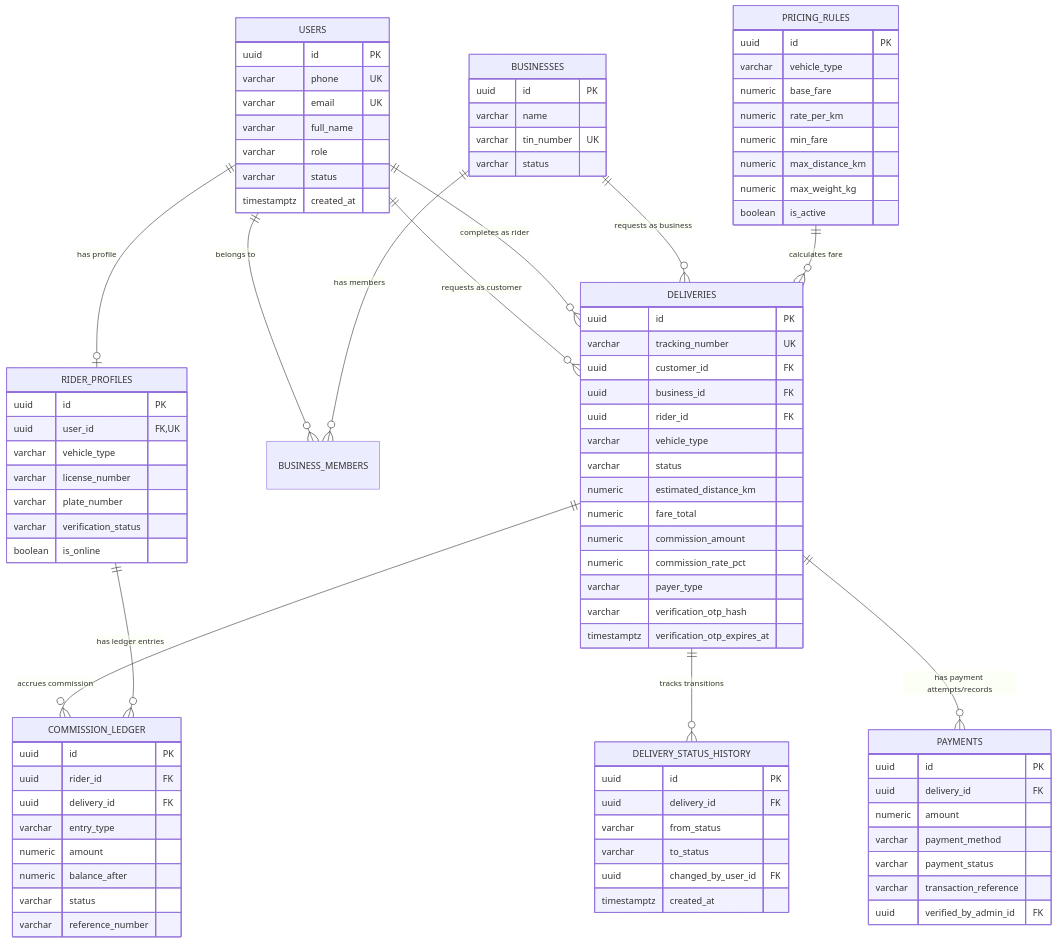
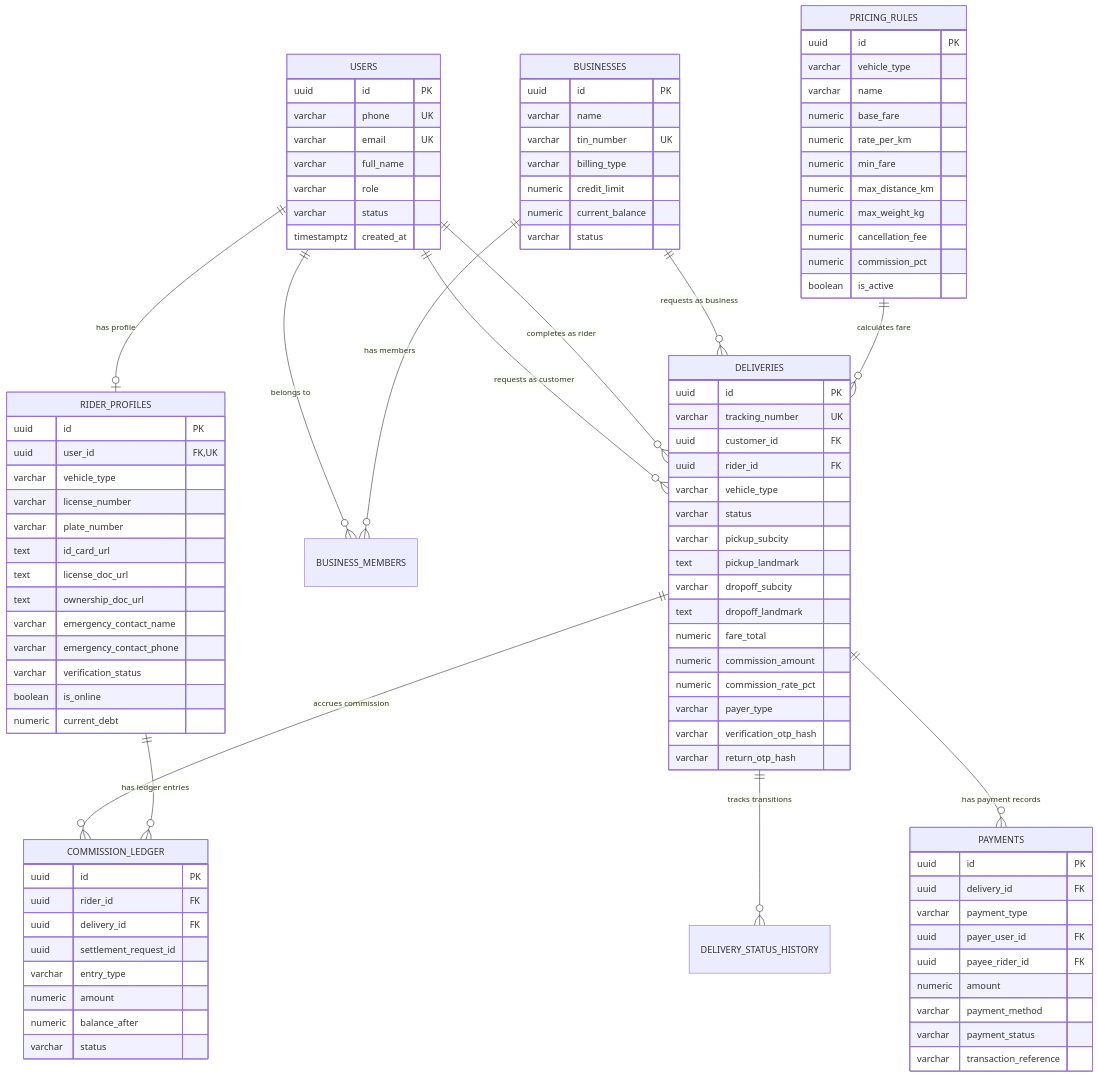
The diagram in docs/DATABASE_DESIGN_UPDATED.md (NahoooMac/Delivery_App), drawn with Mermaid before and after one commit. The commit also changed other lines of this file and 5 other files, not shown here.

Commit message:
docs: finalize MVP architecture, database design, and UX core screen flows

````diff
--- a/docs/DATABASE_DESIGN_UPDATED.md
+++ b/docs/DATABASE_DESIGN_UPDATED.md
@@ -32,7 +35,7 @@
     BUSINESSES ||--o{ BUSINESS_MEMBERS : "has members"
     BUSINESSES ||--o{ DELIVERIES : "requests as business"
     DELIVERIES ||--o{ DELIVERY_STATUS_HISTORY : "tracks transitions"
-    DELIVERIES ||--o{ PAYMENTS : "has payment attempts/records"
+    DELIVERIES ||--o{ PAYMENTS : "has payment records"
     DELIVERIES ||--o{ COMMISSION_LEDGER : "accrues commission"
     RIDER_PROFILES ||--o{ COMMISSION_LEDGER : "has ledger entries"
     PRICING_RULES ||--o{ DELIVERIES : "calculates fare"
@@ -51,6 +54,9 @@
         uuid id PK
         varchar name
         varchar tin_number UK
+        varchar billing_type
+        numeric credit_limit
+        numeric current_balance
         varchar status
     }
 
@@ -60,18 +66,27 @@
         varchar vehicle_type
         varchar license_number
         varchar plate_number
+        text id_card_url
+        text license_doc_url
+        text ownership_doc_url
+        varchar emergency_contact_name
+        varchar emergency_contact_phone
         varchar verification_status
         boolean is_online
+        numeric current_debt
     }
 
     PRICING_RULES {
         uuid id PK
         varchar vehicle_type
+        varchar name
         numeric base_fare
         numeric rate_per_km
         numeric min_fare
         numeric max_distance_km
         numeric max_weight_kg
+        numeric cancellation_fee
+        numeric commission_pct
         boolean is_active
     }
 
@@ -79,46 +94,41 @@
         uuid id PK
         varchar tracking_number UK
         uuid customer_id FK
-        uuid business_id FK
         uuid rider_id FK
         varchar vehicle_type
         varchar status
-        numeric estimated_distance_km
+        varchar pickup_subcity
+        text pickup_landmark
+        varchar dropoff_subcity
+        text dropoff_landmark
         numeric fare_total
         numeric commission_amount
         numeric commission_rate_pct
         varchar payer_type
         varchar verification_otp_hash
-        timestamptz verification_otp_expires_at
-    }
-
-    DELIVERY_STATUS_HISTORY {
-        uuid id PK
-        uuid delivery_id FK
-        varchar from_status
-        varchar to_status
-        uuid changed_by_user_id FK
-        timestamptz created_at
+        varchar return_otp_hash
     }
 
     PAYMENTS {
         uuid id PK
         uuid delivery_id FK
+        varchar payment_type
+        uuid payer_user_id FK
+        uuid payee_rider_id FK
         numeric amount
         varchar payment_method
         varchar payment_status
         varchar transaction_reference
-        uuid verified_by_admin_id FK
     }
 
     COMMISSION_LEDGER {
         uuid id PK
         uuid rider_id FK
         uuid delivery_id FK
+        uuid settlement_request_id
         varchar entry_type
         numeric amount
         numeric balance_after
         varchar status
-        varchar reference_number
     }
 ```
````
